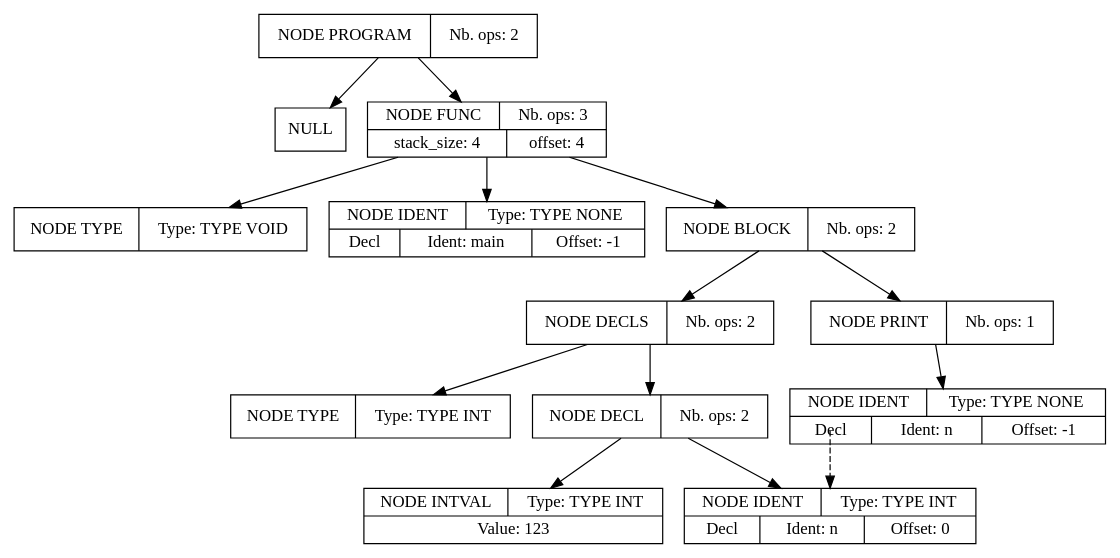
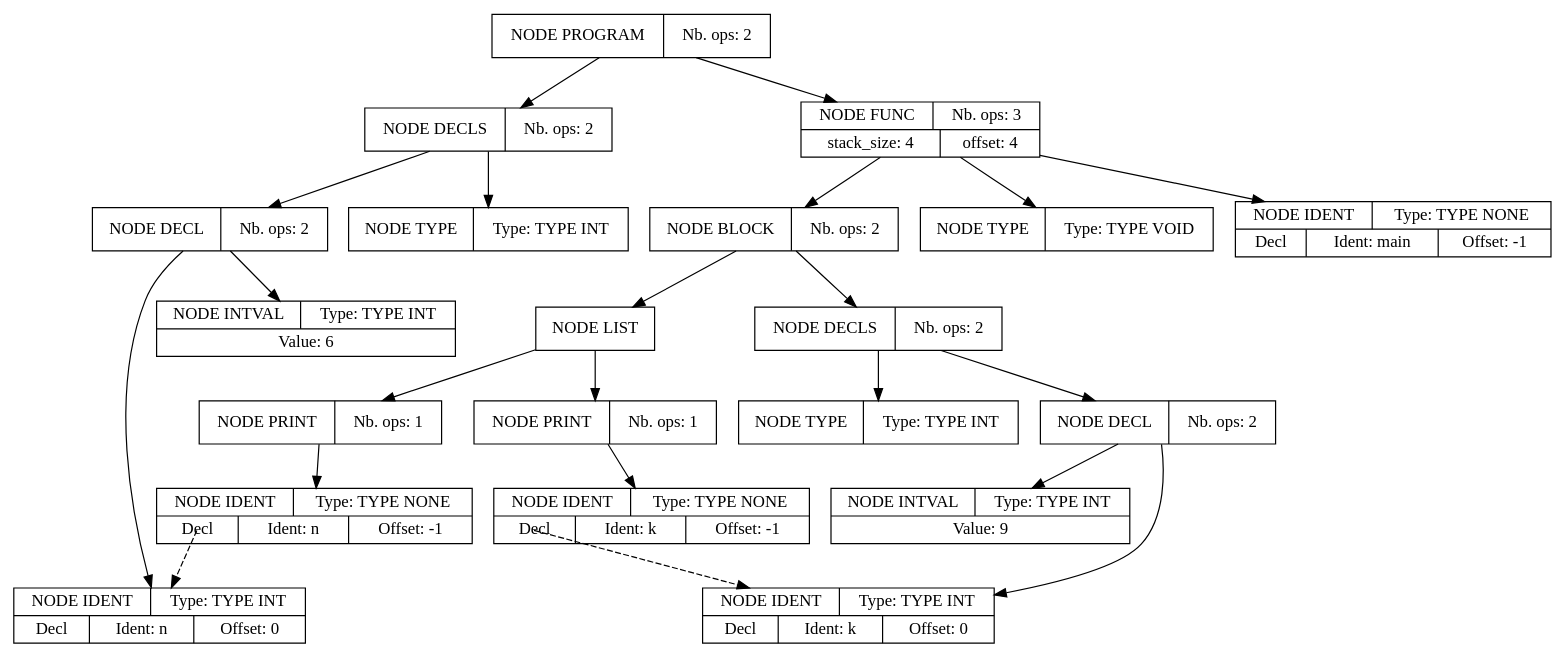
One commit to Serial-DeV/Compilation changed the diagram in projet_compilation_src/tools/apres_passe_1.dot. Above: the diagram before and after it, drawn with Graphviz. The commit also changed 14 other files, not shown here.

```diff
--- a/projet_compilation_src/tools/apres_passe_1.dot
+++ b/projet_compilation_src/tools/apres_passe_1.dot
@@ -1,41 +1,64 @@
 digraph global_vars {
     N1 [shape=record, label="{{NODE PROGRAM|Nb. ops: 2}}"];
-    N2 [shape=record, label="{{NULL}}"];
+    N2 [shape=record, label="{{NODE DECLS|Nb. ops: 2}}"];
+    N3 [shape=record, label="{{NODE TYPE|Type: TYPE INT}}"];
+    edge[tailclip=true];
+    N2 -> N3
+    N4 [shape=record, label="{{NODE DECL|Nb. ops: 2}}"];
+    N5 [shape=record, label="{{NODE IDENT|Type: TYPE INT}|{<decl>Decl      |Ident: n|Offset: 0}}"];
+    edge[tailclip=true];
+    N4 -> N5
+    N6 [shape=record, label="{{NODE INTVAL|Type: TYPE INT}|{Value: 6}}"];
+    edge[tailclip=true];
+    N4 -> N6
+    edge[tailclip=true];
+    N2 -> N4
     edge[tailclip=true];
     N1 -> N2
-    N3 [shape=record, label="{{NODE FUNC|Nb. ops: 3}|{stack_size: 4|offset: 4}}"];
-    N4 [shape=record, label="{{NODE TYPE|Type: TYPE VOID}}"];
-    edge[tailclip=true];
-    N3 -> N4
-    N5 [shape=record, label="{{NODE IDENT|Type: TYPE NONE}|{<decl>Decl      |Ident: main|Offset: -1}}"];
-    edge[tailclip=true];
-    N3 -> N5
-    N6 [shape=record, label="{{NODE BLOCK|Nb. ops: 2}}"];
-    N7 [shape=record, label="{{NODE DECLS|Nb. ops: 2}}"];
-    N8 [shape=record, label="{{NODE TYPE|Type: TYPE INT}}"];
+    N7 [shape=record, label="{{NODE FUNC|Nb. ops: 3}|{stack_size: 4|offset: 4}}"];
+    N8 [shape=record, label="{{NODE TYPE|Type: TYPE VOID}}"];
     edge[tailclip=true];
     N7 -> N8
-    N9 [shape=record, label="{{NODE DECL|Nb. ops: 2}}"];
-    N10 [shape=record, label="{{NODE IDENT|Type: TYPE INT}|{<decl>Decl      |Ident: n|Offset: 0}}"];
-    edge[tailclip=true];
-    N9 -> N10
-    N11 [shape=record, label="{{NODE INTVAL|Type: TYPE INT}|{Value: 123}}"];
-    edge[tailclip=true];
-    N9 -> N11
+    N9 [shape=record, label="{{NODE IDENT|Type: TYPE NONE}|{<decl>Decl      |Ident: main|Offset: -1}}"];
     edge[tailclip=true];
     N7 -> N9
+    N10 [shape=record, label="{{NODE BLOCK|Nb. ops: 2}}"];
+    N11 [shape=record, label="{{NODE DECLS|Nb. ops: 2}}"];
+    N12 [shape=record, label="{{NODE TYPE|Type: TYPE INT}}"];
     edge[tailclip=true];
-    N6 -> N7
-    N12 [shape=record, label="{{NODE PRINT|Nb. ops: 1}}"];
-    N13 [shape=record, label="{{NODE IDENT|Type: TYPE NONE}|{<decl>Decl      |Ident: n|Offset: -1}}"];
+    N11 -> N12
+    N13 [shape=record, label="{{NODE DECL|Nb. ops: 2}}"];
+    N14 [shape=record, label="{{NODE IDENT|Type: TYPE INT}|{<decl>Decl      |Ident: k|Offset: 0}}"];
+    edge[tailclip=true];
+    N13 -> N14
+    N15 [shape=record, label="{{NODE INTVAL|Type: TYPE INT}|{Value: 9}}"];
+    edge[tailclip=true];
+    N13 -> N15
+    edge[tailclip=true];
+    N11 -> N13
+    edge[tailclip=true];
+    N10 -> N11
+    N16 [shape=record, label="{{NODE LIST}}"];
+    N17 [shape=record, label="{{NODE PRINT|Nb. ops: 1}}"];
+    N18 [shape=record, label="{{NODE IDENT|Type: TYPE NONE}|{<decl>Decl      |Ident: n|Offset: -1}}"];
     edge[tailclip=false];
-    "N13":decl:c -> "N10" [style=dashed]
+    "N18":decl:c -> "N5" [style=dashed]
     edge[tailclip=true];
-    N12 -> N13
+    N17 -> N18
     edge[tailclip=true];
-    N6 -> N12
+    N16 -> N17
+    N19 [shape=record, label="{{NODE PRINT|Nb. ops: 1}}"];
+    N20 [shape=record, label="{{NODE IDENT|Type: TYPE NONE}|{<decl>Decl      |Ident: k|Offset: -1}}"];
+    edge[tailclip=false];
+    "N20":decl:c -> "N14" [style=dashed]
     edge[tailclip=true];
-    N3 -> N6
+    N19 -> N20
     edge[tailclip=true];
-    N1 -> N3
+    N16 -> N19
+    edge[tailclip=true];
+    N10 -> N16
+    edge[tailclip=true];
+    N7 -> N10
+    edge[tailclip=true];
+    N1 -> N7
 }
```
